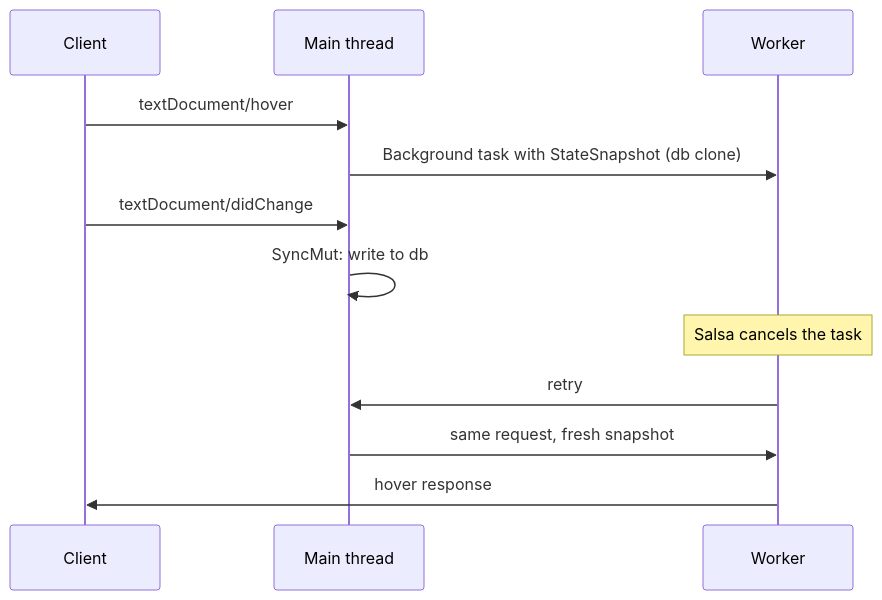
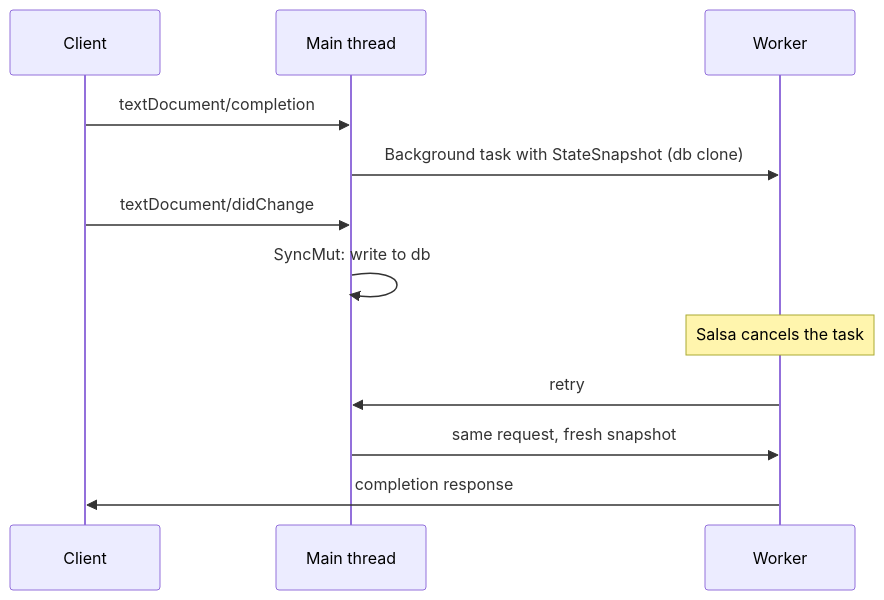
Before and after one commit to software-mansion/cairols: the fourth of 7 diagrams in ARCHITECTURE.md, drawn with Mermaid. The commit also changed other lines of this file, not shown here.

Commit message:
Adjustments and simplification of graphs

````diff
--- a/ARCHITECTURE.md
+++ b/ARCHITECTURE.md
@@ -110,14 +171,14 @@
 ```mermaid
 sequenceDiagram
     participant C as Client
     participant M as Main thread
     participant W as Worker
-    C->>M: textDocument/hover
+    C->>M: textDocument/completion
     M->>W: Background task with StateSnapshot (db clone)
     C->>M: textDocument/didChange
     M->>M: SyncMut: write to db
     Note over W: Salsa cancels the task
     W->>M: retry
     M->>W: same request, fresh snapshot
-    W->>C: hover response
+    W->>C: completion response
 ```
````
